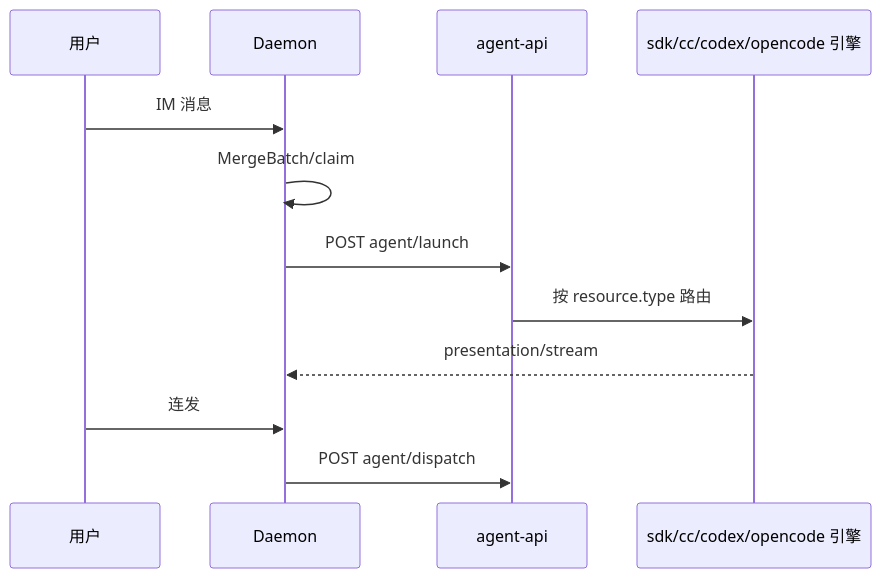
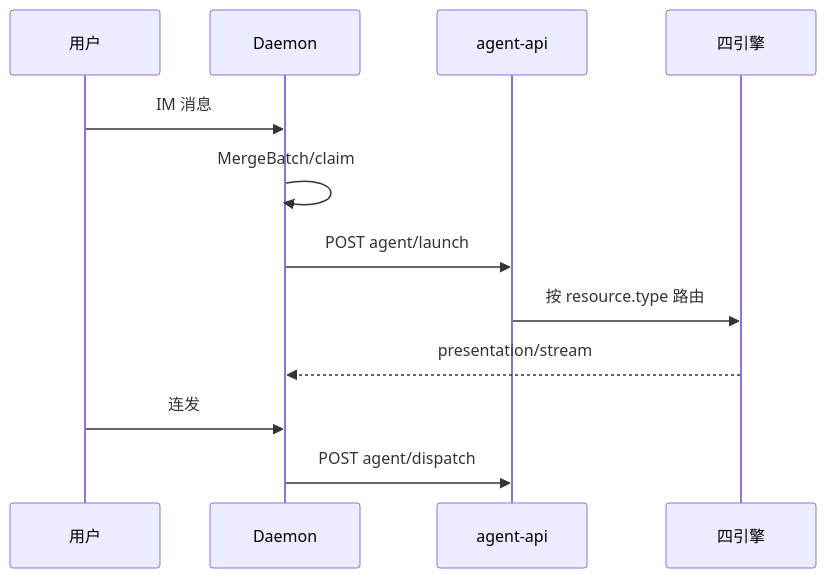
The diagram in knowledge/业务域/Agent调度/02-多会话模型.md (suveng/cursor-claw), drawn with Mermaid before and after one commit. The commit also changed other lines of this file and 13 other files, not shown here.

````diff
--- a/knowledge/业务域/Agent调度/02-多会话模型.md
+++ b/knowledge/业务域/Agent调度/02-多会话模型.md
@@ -30,14 +30,14 @@
 ```mermaid
 sequenceDiagram
   participant U as 用户
   participant D as Daemon
   participant A as agent-api
-  participant E as sdk/cc/codex/opencode 引擎
+  participant E as 四引擎
   U->>D: IM 消息
   D->>D: MergeBatch/claim
   D->>A: POST agent/launch
   A->>E: 按 resource.type 路由
   E-->>D: presentation/stream
   U->>D: 连发
   D->>A: POST agent/dispatch
 ```
````
